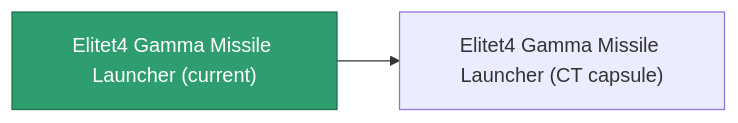
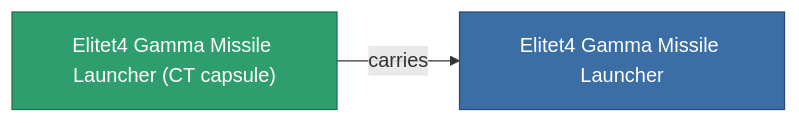
The diagram in content/content/items/elitet4_gamma_missile_launcher.md (OpenPerpetuum/Wiki), drawn with Mermaid before and after one commit. The commit also changed other lines of this file and 2015 other files, not shown here.

````diff
--- a/content/content/items/elitet4_gamma_missile_launcher.md
+++ b/content/content/items/elitet4_gamma_missile_launcher.md
@@ -37,8 +37,9 @@
 ```mermaid
 graph LR
-    a["Elitet4 Gamma Missile Launcher (current)"]:::current
-    b["Elitet4 Gamma Missile Launcher (CT capsule)"]
-    a --> b
-    click b "/content/items/elitet4-gamma-missile-launcher-ct-capsule/" "Elitet4 Gamma Missile Launcher (CT capsule)"
+    a["Elitet4 Gamma Missile Launcher (CT capsule)"]:::current
+    b["Elitet4 Gamma Missile Launcher"]:::finished
+    a -->|carries| b
+                click b "/content/items/elitet4-gamma-missile-launcher/" "Elitet4 Gamma Missile Launcher"
     classDef current fill:#2f9e6f,stroke:#1f6f4a,color:#ffffff
+    classDef finished fill:#3b6ea5,stroke:#274a75,color:#ffffff
 ```
````
